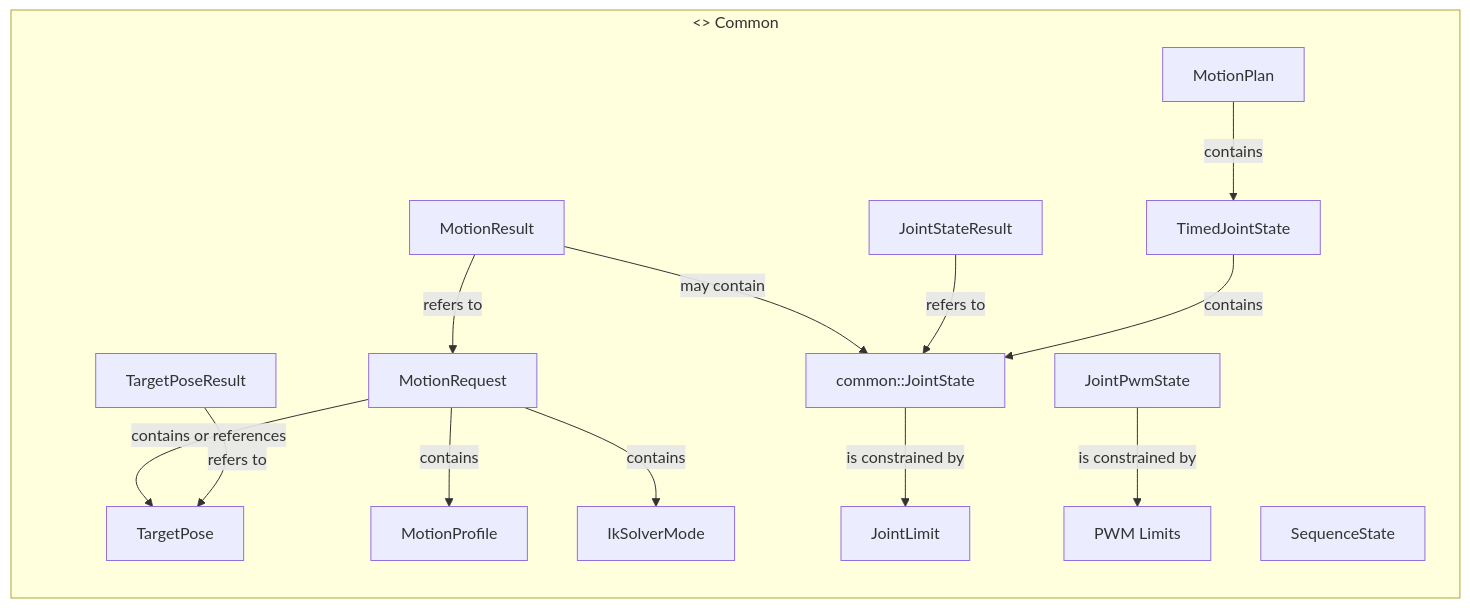
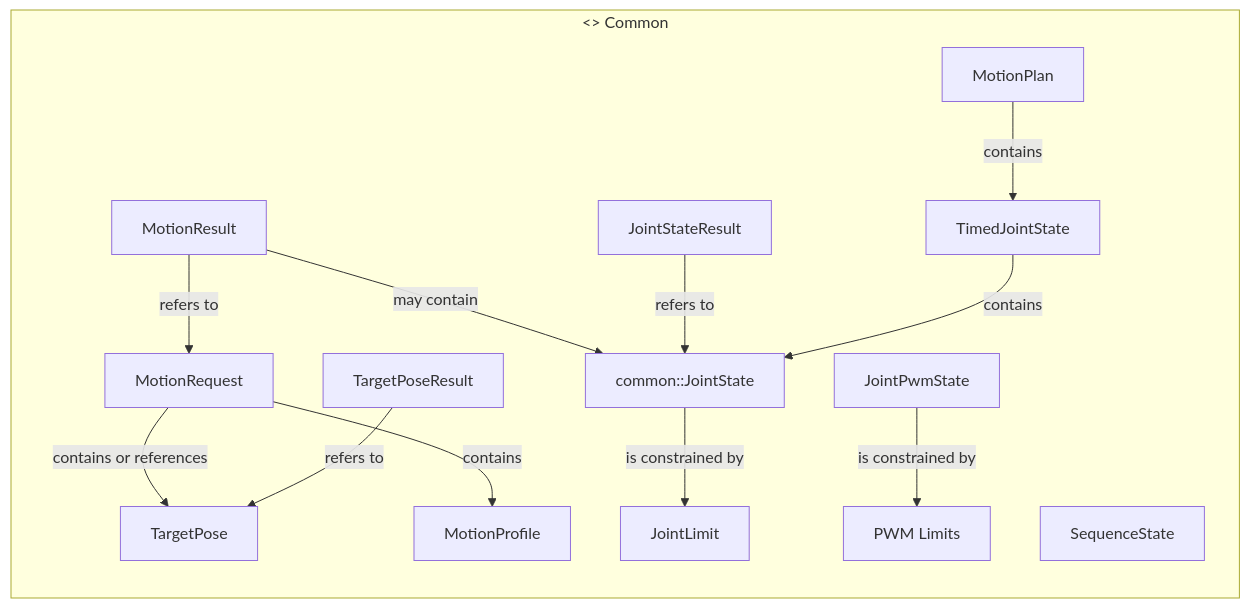
One commit to butz1999/inverse_kinematik changed the sixth of 7 diagrams in doc/projektbeschreibung.md. Above: the diagram before and after it, drawn with Mermaid. The commit also changed other lines of this file and 10 other files, not shown here.

````diff
--- a/doc/projektbeschreibung.md
+++ b/doc/projektbeschreibung.md
@@ -617,31 +609,29 @@
 ```mermaid
 flowchart LR
     subgraph COM["<<component>> Common"]
         E1[TargetPose]
         E2[MotionRequest]
         E3[common::JointState]
         E4[MotionResult]
         E5[SequenceState]
         E6[TargetPoseResult]
         E7[JointStateResult]
         E8[JointPwmState]
         E9[JointLimit]
         E10[PWM Limits]
         E11[MotionProfile]
         E12[MotionPlan]
         E13[TimedJointState]
-        E14[IkSolverMode]
 
         E2 -->|contains or references| E1
         E2 -->|contains| E11
-        E2 -->|contains| E14
         E4 -->|refers to| E2
         E4 -->|may contain| E3
         E6 -->|refers to| E1
         E7 -->|refers to| E3
         E3 -->|is constrained by| E9
         E8 -->|is constrained by| E10
         E12 -->|contains| E13
         E13 -->|contains| E3
     end
 ```
````
